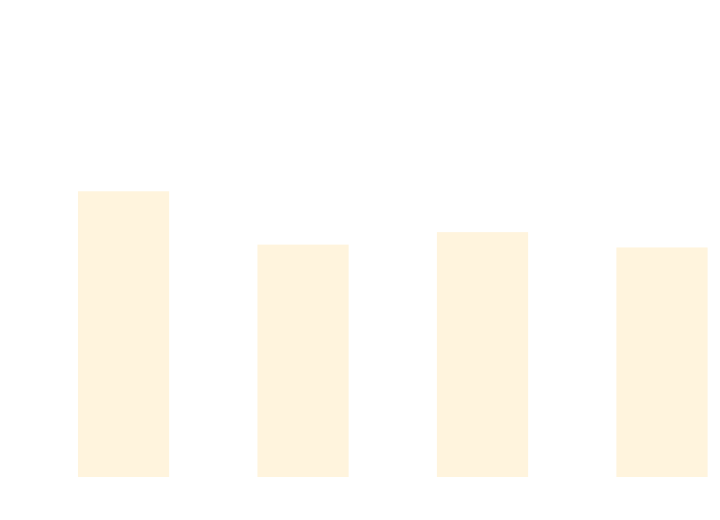
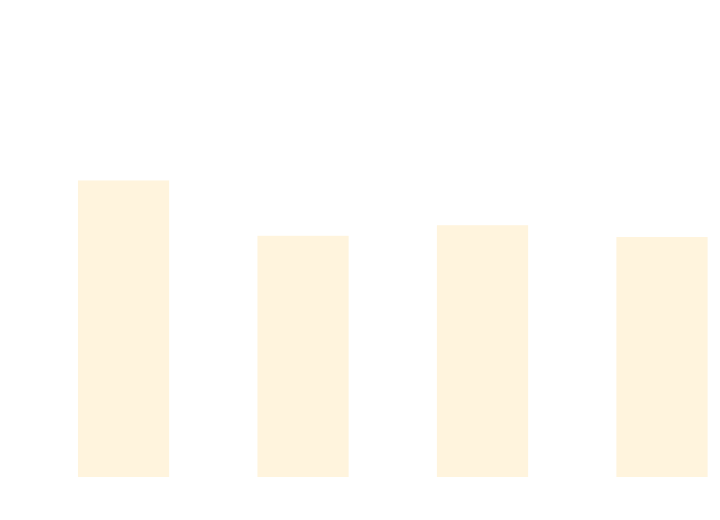
The diagram in docs/docs/benchmarks/BuildTime.md (thomhurst/TUnit), drawn with Mermaid before and after one commit. The commit also changed other lines of this file and 17 other files, not shown here.

````diff
--- a/docs/docs/benchmarks/BuildTime.md
+++ b/docs/docs/benchmarks/BuildTime.md
@@ -28,37 +28,37 @@
 ```mermaid
 %%{init: {
   'theme':'base',
   'themeVariables': {
     'primaryColor': '#2563eb',
     'primaryTextColor': '#ffffff',
     'primaryBorderColor': '#1e40af',
     'lineColor': '#6b7280',
     'secondaryColor': '#7c3aed',
     'tertiaryColor': '#dc2626',
     'background': '#ffffff',
     'mainBkg': '#2563eb',
     'secondBkg': '#7c3aed',
     'tertiaryBkg': '#dc2626',
     'clusterBkg': '#f3f4f6',
     'edgeLabelBackground': '#ffffff',
     'tertiaryTextColor': '#1f2937',
     'pie1': '#2563eb',
     'pie2': '#7c3aed',
     'pie3': '#dc2626',
     'pie4': '#f59e0b',
     'pie5': '#10b981',
     'pie6': '#06b6d4',
     'pie7': '#ec4899',
     'pie8': '#6366f1',
     'pie9': '#84cc16',
     'pie10': '#f97316',
     'pie11': '#14b8a6',
     'pie12': '#a855f7'
   }
 }}%%
 xychart-beta
   title "Build Time Comparison"
   x-axis ["Build_TUnit", "Build_NUnit", "Build_MSTest", "Build_xUnit3"]
   y-axis "Time (s)" 0 --> 3
-  bar [2.047, 1.654, 1.746, 1.633]
+  bar [2.127, 1.719, 1.797, 1.71]
 ```
````
